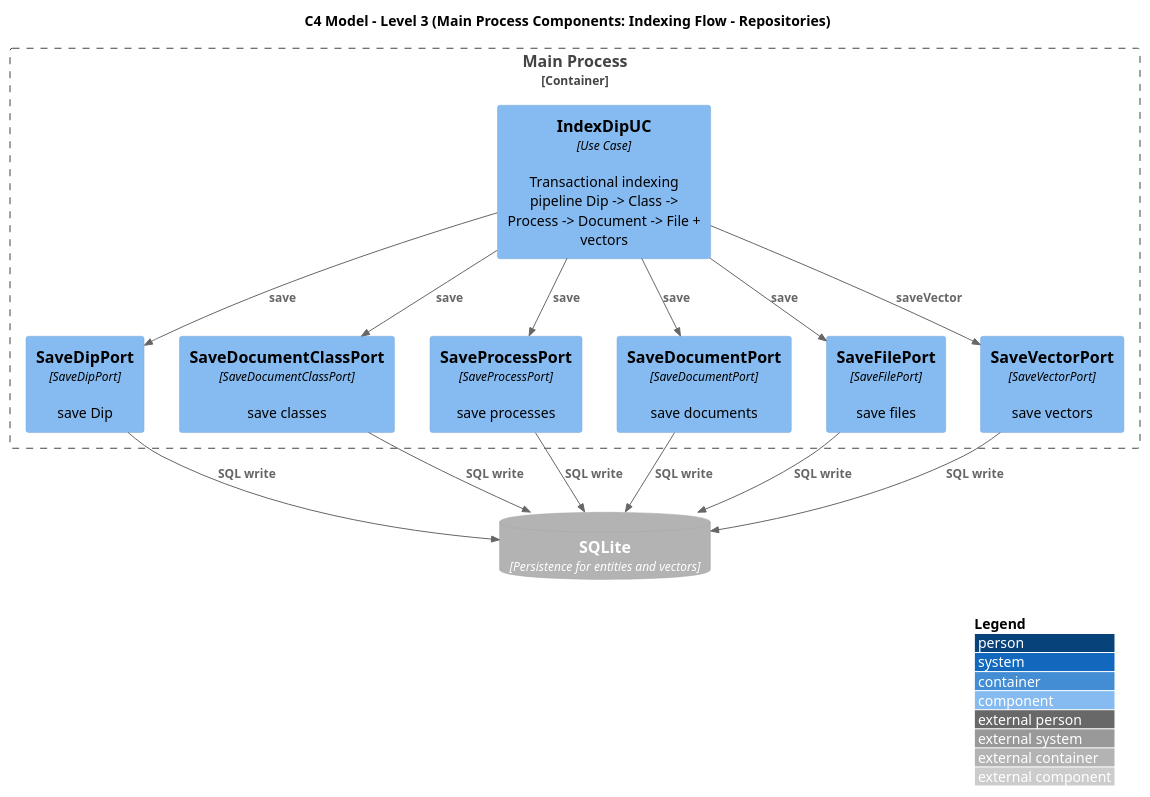
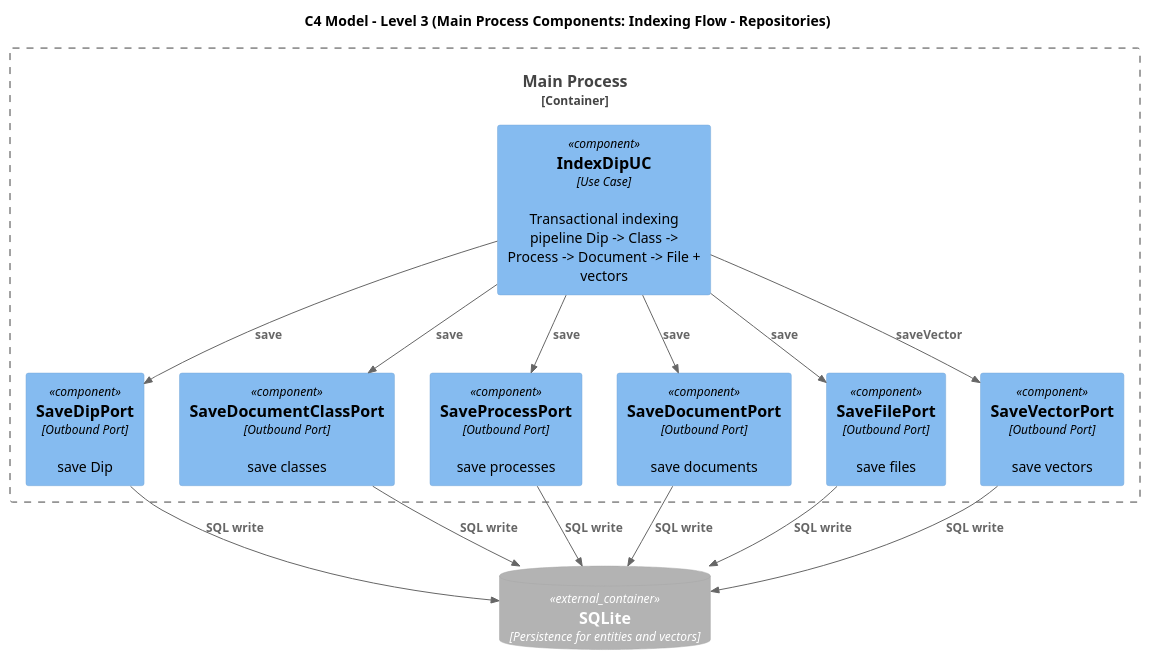
Before and after one commit to 7-ZPUs/Docs: the diagram in 3_PB/DocumentiEsterni/DiagrammiSpecificaTecnica/generated_/architecture/c1-c3/C3-main-indexing-flow-repos.puml, drawn with PlantUML. The commit also changed 29 other files, not shown here.

```diff
--- a/3_PB/DocumentiEsterni/DiagrammiSpecificaTecnica/generated_/architecture/c1-c3/C3-main-indexing-flow-repos.puml
+++ b/3_PB/DocumentiEsterni/DiagrammiSpecificaTecnica/generated_/architecture/c1-c3/C3-main-indexing-flow-repos.puml
@@ -1,35 +1,35 @@
 @startuml C3_Main_Indexing_Flow_Repos
 !includeurl https://raw.githubusercontent.com/plantuml-stdlib/C4-PlantUML/master/C4_Component.puml
 
 title C4 Model - Level 3 (Main Process Components: Indexing Flow - Repositories)
 
-LAYOUT_WITH_LEGEND()
+skinparam linetype straight
 
 Container_Boundary(main_container, "Main Process") {
   Component(index_dip, "IndexDipUC", "Use Case", "Transactional indexing pipeline Dip -> Class -> Process -> Document -> File + vectors")
 
-  Component(dip_repo, "SaveDipPort", "SaveDipPort", "save Dip")
-  Component(class_repo, "SaveDocumentClassPort", "SaveDocumentClassPort", "save classes")
-  Component(process_repo, "SaveProcessPort", "SaveProcessPort", "save processes")
-  Component(doc_repo, "SaveDocumentPort", "SaveDocumentPort", "save documents")
-  Component(file_repo, "SaveFilePort", "SaveFilePort", "save files")
-  Component(vector_repo, "SaveVectorPort", "SaveVectorPort", "save vectors")
+  Component(dip_repo, "SaveDipPort", "Outbound Port", "save Dip")
+  Component(class_repo, "SaveDocumentClassPort", "Outbound Port", "save classes")
+  Component(process_repo, "SaveProcessPort", "Outbound Port", "save processes")
+  Component(doc_repo, "SaveDocumentPort", "Outbound Port", "save documents")
+  Component(file_repo, "SaveFilePort", "Outbound Port", "save files")
+  Component(vector_repo, "SaveVectorPort", "Outbound Port", "save vectors")
 }
 
 ContainerDb_Ext(sqlite, "SQLite", "Persistence for entities and vectors")
 
 Rel(index_dip, dip_repo, "save")
 Rel(index_dip, class_repo, "save")
 Rel(index_dip, process_repo, "save")
 Rel(index_dip, doc_repo, "save")
 Rel(index_dip, file_repo, "save")
 Rel(index_dip, vector_repo, "saveVector")
 
 Rel(dip_repo, sqlite, "SQL write")
 Rel(class_repo, sqlite, "SQL write")
 Rel(process_repo, sqlite, "SQL write")
 Rel(doc_repo, sqlite, "SQL write")
 Rel(file_repo, sqlite, "SQL write")
 Rel(vector_repo, sqlite, "SQL write")
 
 @enduml
```
